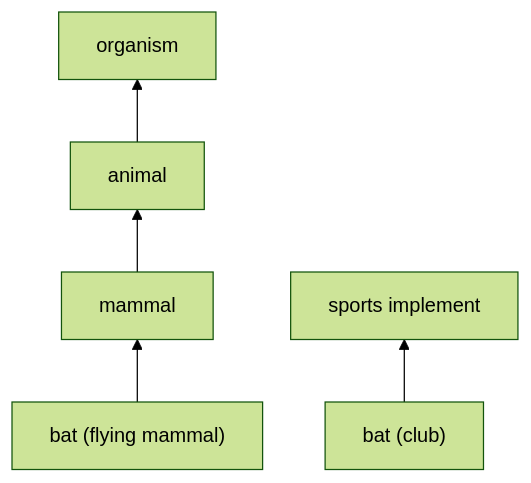
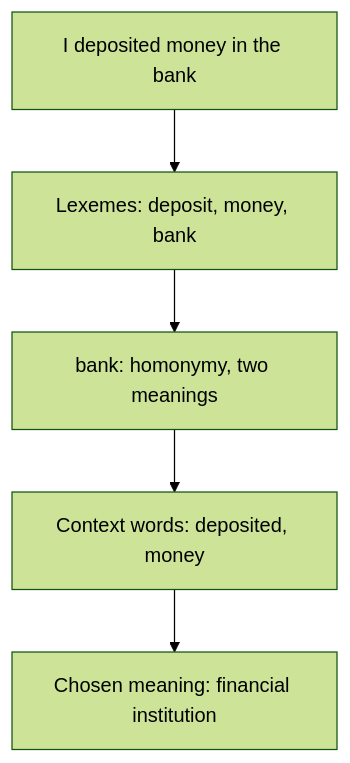
The diagram in content/natural-language-processing/pyq/2024-05-ce/q4b.mdx (TrendySloth1001/sem-seven-notes), drawn with Mermaid (forest theme) before and after one commit. The commit also changed other lines of this file and 406 other files, not shown here.

````diff
--- a/content/natural-language-processing/pyq/2024-05-ce/q4b.mdx
+++ b/content/natural-language-processing/pyq/2024-05-ce/q4b.mdx
@@ -28,8 +17,8 @@
 ```mermaid
-%% caption: Part of the WordNet "is a" chain used in the example. The chosen sense of bat connects upward to more general words.
-flowchart BT
-  B["bat (flying mammal)"] --> M["mammal"]
-  M --> A["animal"]
-  A --> O["organism"]
-  B2["bat (club)"] --> T["sports implement"]
+%% caption: Lexical semantic analysis of the example sentence.
+flowchart TD
+  A["I deposited money in the bank"] --> B["Lexemes: deposit, money, bank"]
+  B --> C["bank: homonymy, two meanings"]
+  C --> D["Context words: deposited, money"]
+  D --> E["Chosen meaning: financial institution"]
 ```
````
